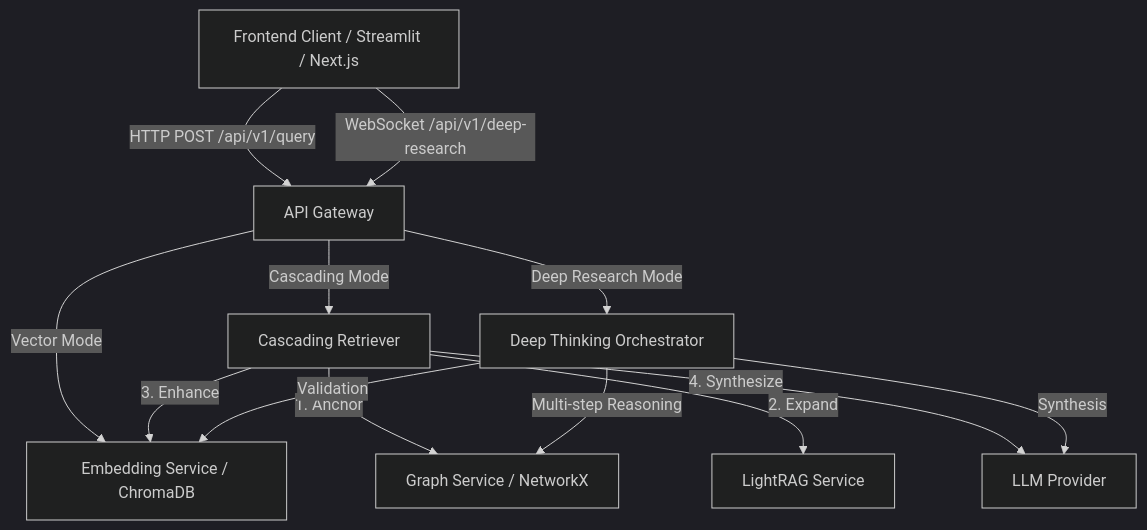
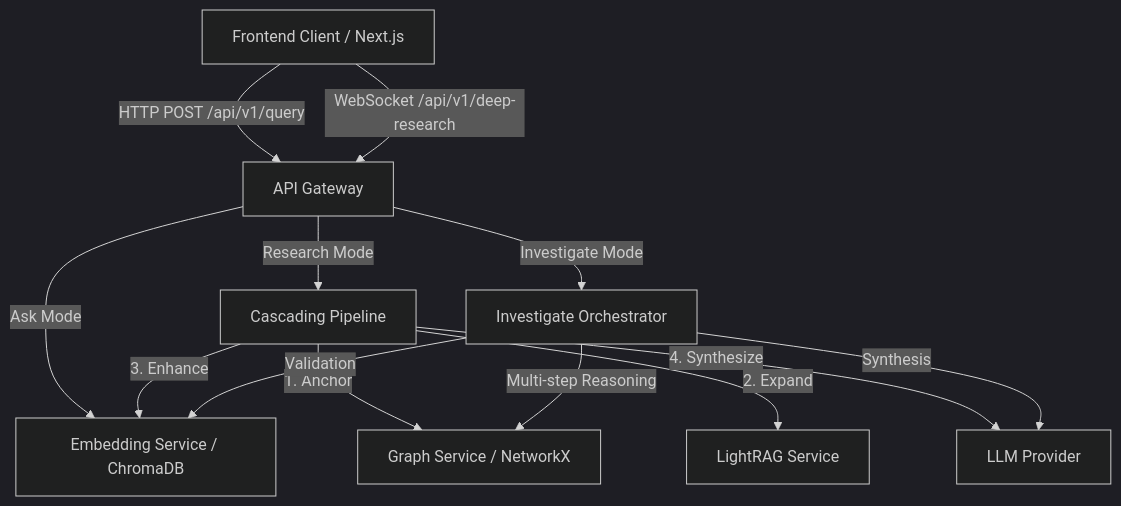
Before and after one commit to powskierman/obsidian_rag: the first of 2 diagrams in Documentation/reference/search/SEARCH_ARCHITECTURE.md, drawn with Mermaid (dark theme). The commit also changed other lines of this file and 15 other files, not shown here.

First line of the commit message:
Update docs for Ask/Research/Investigate mode consolidation

````diff
--- a/Documentation/reference/search/SEARCH_ARCHITECTURE.md
+++ b/Documentation/reference/search/SEARCH_ARCHITECTURE.md
@@ -13,18 +11,18 @@
 ```mermaid
 graph TD
-    Client[Frontend Client / Streamlit / Next.js] -->|HTTP POST /api/v1/query| Gateway[API Gateway]
+    Client[Frontend Client / Next.js] -->|HTTP POST /api/v1/query| Gateway[API Gateway]
     Client -->|WebSocket /api/v1/deep-research| Gateway
-    
-    Gateway -->|Vector Mode| Embed[Embedding Service / ChromaDB]
-    Gateway -->|Cascading Mode| Cascading[Cascading Retriever]
-    Gateway -->|Deep Research Mode| DeepThinking[Deep Thinking Orchestrator]
-    
+
+    Gateway -->|Ask Mode| Embed[Embedding Service / ChromaDB]
+    Gateway -->|Research Mode| Cascading[Cascading Pipeline]
+    Gateway -->|Investigate Mode| DeepThinking[Investigate Orchestrator]
+
     Cascading -->|1. Anchor| GraphService[Graph Service / NetworkX]
     Cascading -->|2. Expand| LightRAG[LightRAG Service]
     Cascading -->|3. Enhance| Embed
     Cascading -->|4. Synthesize| LLM[LLM Provider]
-    
+
     DeepThinking -->|Multi-step Reasoning| GraphService
     DeepThinking -->|Validation| Embed
     DeepThinking -->|Synthesis| LLM
 ```
````
